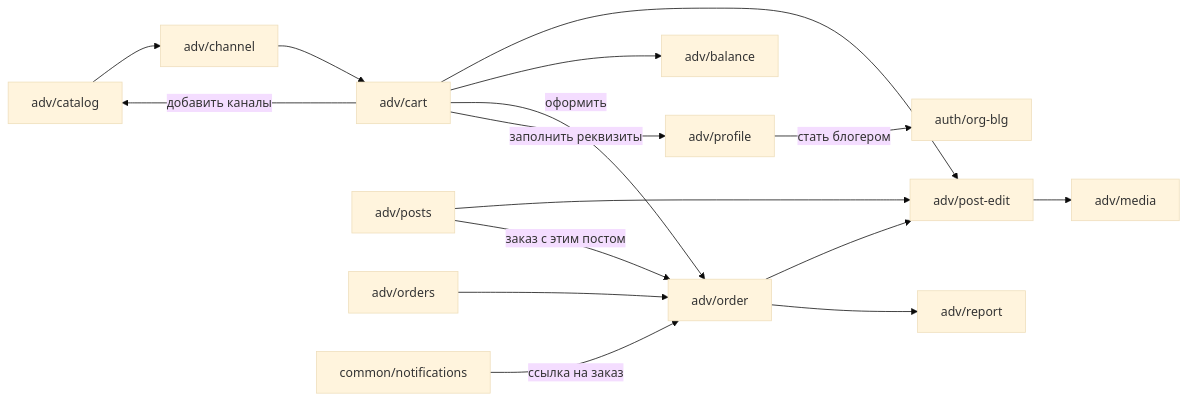
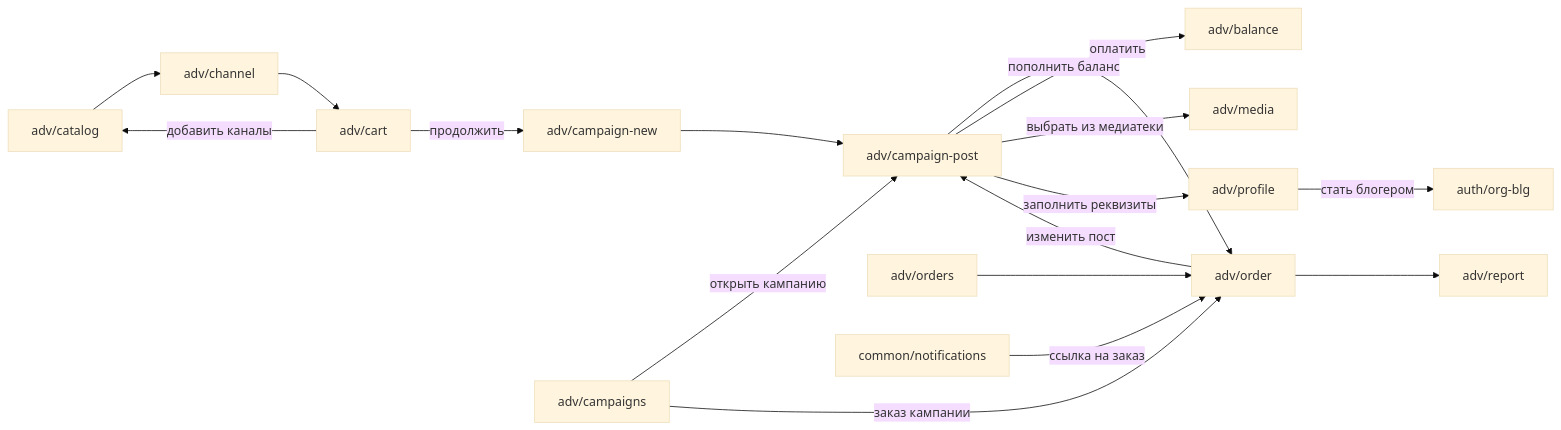
Before and after one commit to leha-creator/maxim: the second of 4 diagrams in docs/08-screens.md, drawn with Mermaid (base theme). The commit also changed other lines of this file and 12 other files, not shown here.

````diff
--- a/docs/08-screens.md
+++ b/docs/08-screens.md
@@ -88,18 +90,19 @@
 ```mermaid
 flowchart LR
     catalog[adv/catalog] --> channel[adv/channel]
     channel --> cart[adv/cart]
-    posts[adv/posts] --> post_edit[adv/post-edit]
-    post_edit --> media[adv/media]
-    cart --> post_edit
-    cart --> balance[adv/balance]
-    cart -->|оформить| order[adv/order]
+    cart -->|продолжить| campaign_new[adv/campaign-new]
+    campaign_new --> campaign_post[adv/campaign-post]
+    campaign_post -->|оплатить| order[adv/order]
+    campaign_post -->|пополнить баланс| balance[adv/balance]
+    campaign_post -->|выбрать из медиатеки| media[adv/media]
+    campaign_post -->|заполнить реквизиты| profile[adv/profile]
+    campaigns[adv/campaigns] -->|открыть кампанию| campaign_post
+    campaigns -->|заказ кампании| order
     orders[adv/orders] --> order
-    order --> post_edit
+    order -->|изменить пост| campaign_post
     order --> report[adv/report]
     cart -->|добавить каналы| catalog
-    cart -->|заполнить реквизиты| profile[adv/profile]
-    posts -->|заказ с этим постом| order
     profile -->|стать блогером| org_blg[auth/org-blg]
     notifications[common/notifications] -->|ссылка на заказ| order
 ```
````
